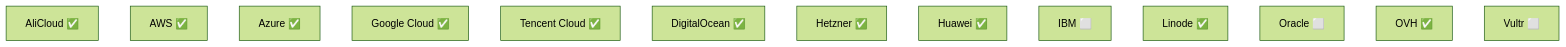
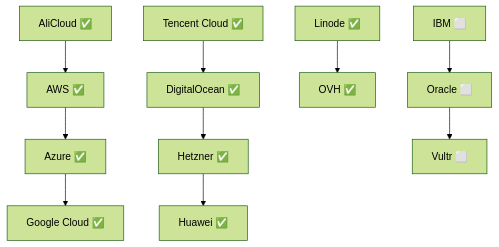
The first of 6 diagrams in README.md (Timotej979/Homelab-infrastructure-terragrunt), drawn with Mermaid (forest theme) before and after one commit. The commit also changed other lines of this file, not shown here.

Commit message:
Update README.md with mermaidJS roadmap

````diff
--- a/README.md
+++ b/README.md
@@ -61,16 +61,23 @@
 ```mermaid
-flowchart TD
+flowchart TB
+    %% Tasks arranged in a 4x4 grid
     P1["AliCloud ✅"]
     P2["AWS ✅"]
     P3["Azure ✅"]
     P4["Google Cloud ✅"]
     P5["Tencent Cloud ✅"]
     P6["DigitalOcean ✅"]
     P7["Hetzner ✅"]
     P8["Huawei ✅"]
-    P9["IBM ⬜"]
-    P10["Linode ✅"]
-    P11["Oracle ⬜"]
-    P12["OVH ✅"]
+    P9["Linode ✅"]
+    P10["OVH ✅"]
+    P11["IBM ⬜"]
+    P12["Oracle ⬜"]
     P13["Vultr ⬜"]
+
+    %% Grid arrangement
+    P1 --> P2 --> P3 --> P4
+    P5 --> P6 --> P7 --> P8
+    P9 --> P10 
+    P11 --> P12 --> P13
 ```
````
